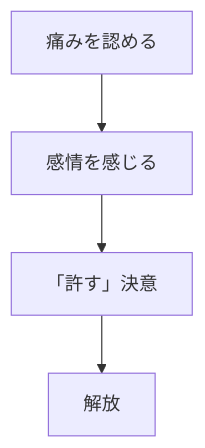
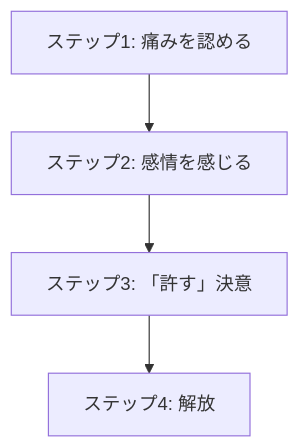
The third of 3 diagrams in content/blog/299-forgiveness-letting-go-freedom.md (tndg16-bot/portfolio-site), drawn with Mermaid before and after one commit. The commit also changed other lines of this file and 19 other files, not shown here.

````diff
--- a/content/blog/299-forgiveness-letting-go-freedom.md
+++ b/content/blog/299-forgiveness-letting-go-freedom.md
@@ -61,6 +59,6 @@
 ```mermaid
 graph TD
-    A[痛みを認める] --> B[感情を感じる]
-    B --> C[「許す」決意]
-    C --> D[解放]
+    A[ステップ1: 痛みを認める] --> B[ステップ2: 感情を感じる]
+    B --> C[ステップ3: 「許す」決意]
+    C --> D[ステップ4: 解放]
 ```
````
